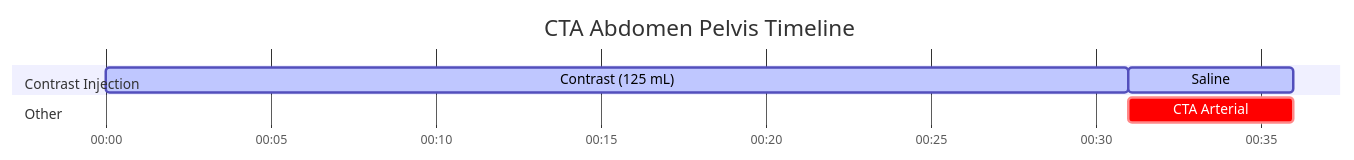
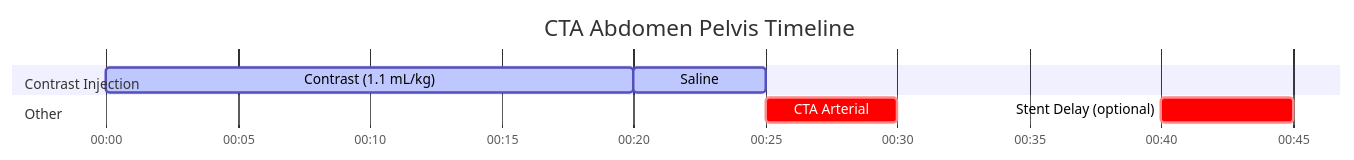
Before and after one commit to dfergs93/radiology-protocols: the diagram in docs/ct/vascular/cta-abdomen-pelvis.md, drawn with Mermaid. The commit also changed other lines of this file and 26 other files, not shown here.

````diff
--- a/docs/ct/vascular/cta-abdomen-pelvis.md
+++ b/docs/ct/vascular/cta-abdomen-pelvis.md
@@ -86,18 +89,19 @@
   ```mermaid
   ---
   displayMode: compact
   config:
     theme: default
     themeCSS: " #Saline{ fill: #4ed5ff; stroke: #2094f3; } "
   ---
     gantt
       title CTA Abdomen Pelvis Timeline
       dateFormat mm:ss
       axisFormat %M:%S 
       
       section Contrast Injection
-      Contrast (125 mL)    :active, contrast, 00:00, 31s
+      Contrast (1.1 mL/kg)    :active, contrast, 00:00, 20s
       Saline          :active, saline, after contrast, 5s
       section Other
-      CTA Arterial    :crit, scan1, after contrast, 5s
+      CTA Arterial    :crit, scan1, after saline, 5s
+      Stent Delay (optional)    :crit, scan2, 00:40, 5s
   ```
````
